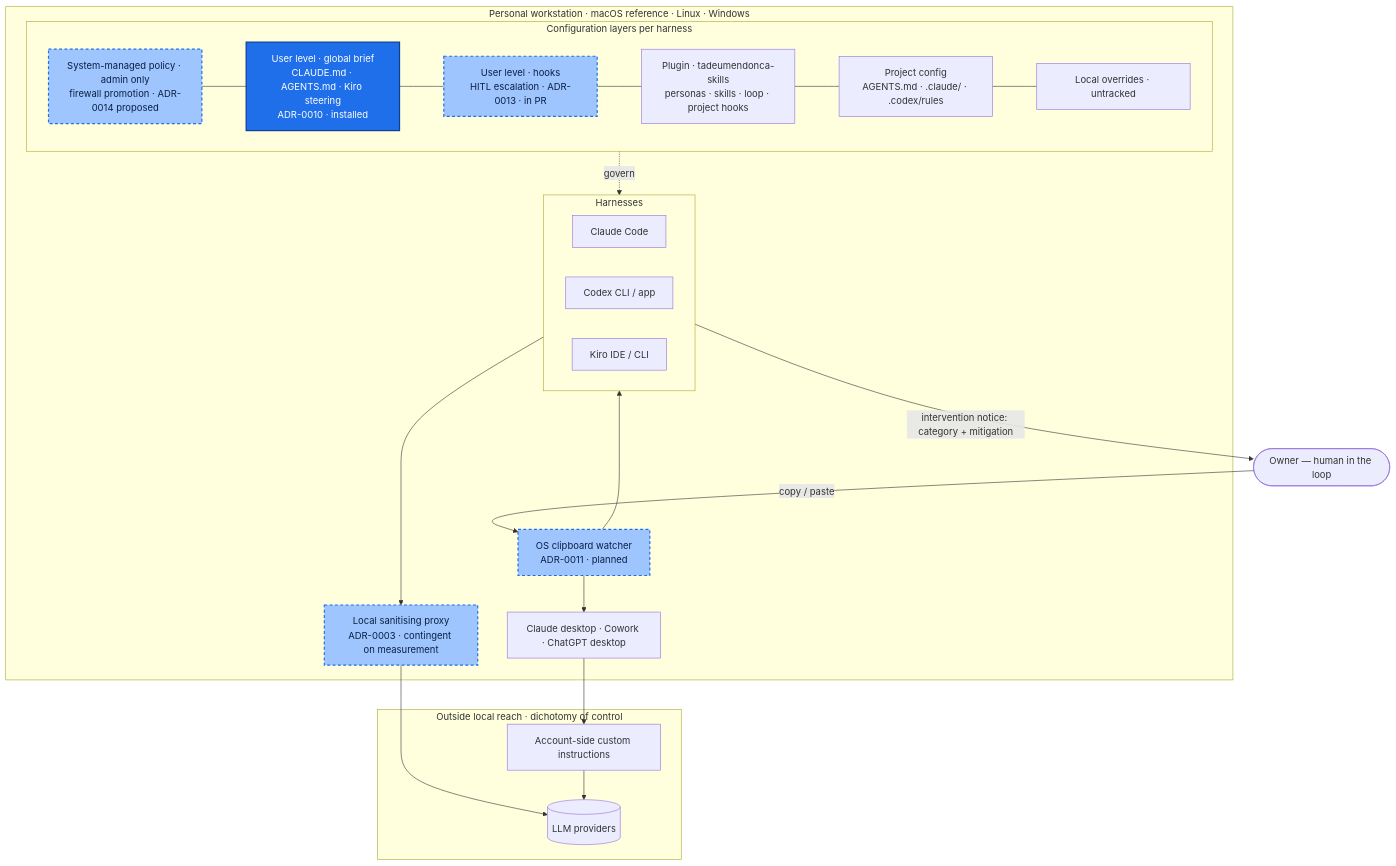
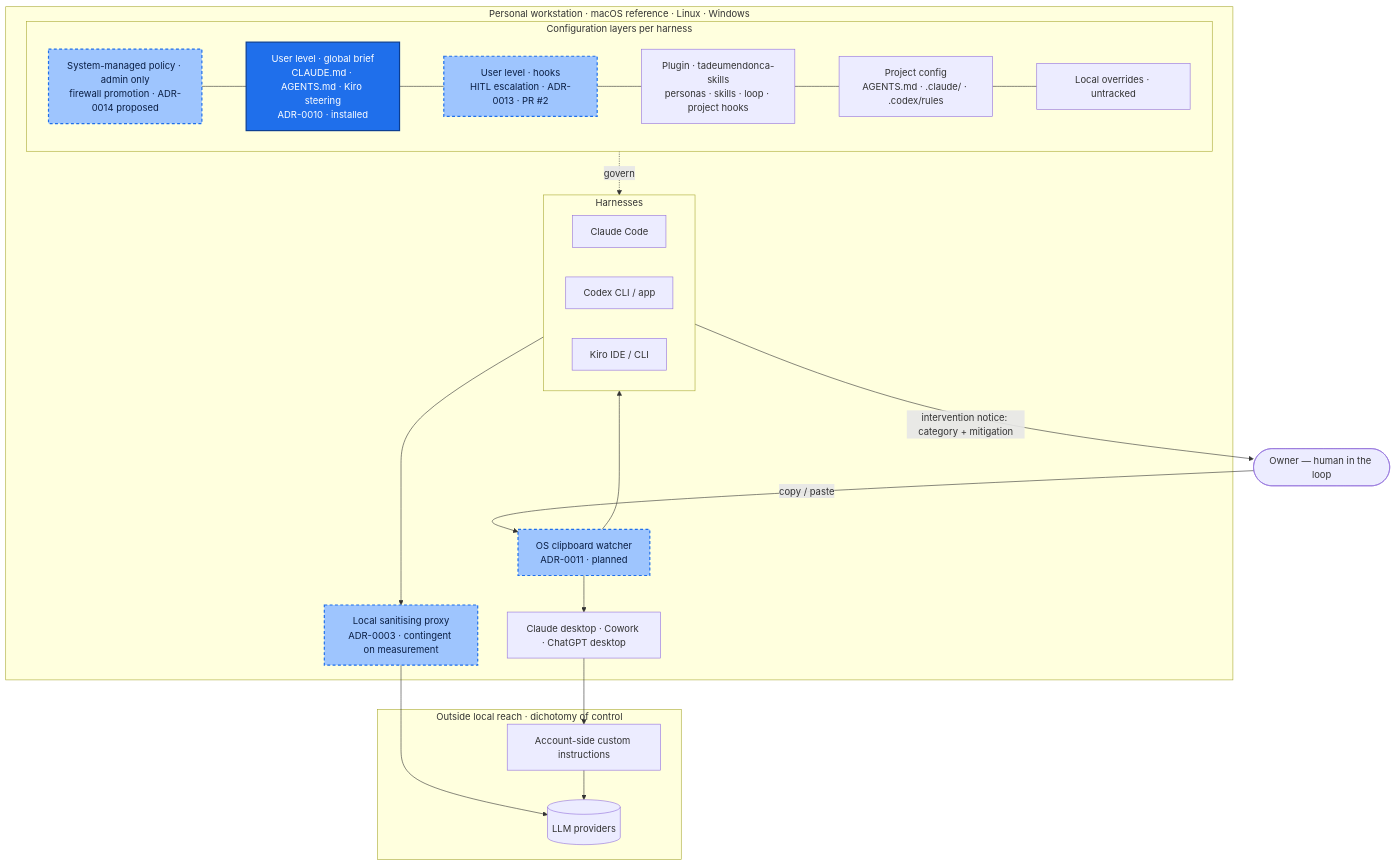
Before and after one commit to tedeuxx/mhw: the diagram in README.md, drawn with Mermaid. The commit also changed other lines of this file and 3 other files, not shown here.

````diff
--- a/README.md
+++ b/README.md
@@ -43,43 +43,43 @@
 ```mermaid
 flowchart TB
   owner(["Owner — human in the loop"])
 
   subgraph WS["Personal workstation · macOS reference · Linux · Windows"]
     clip["OS clipboard watcher<br/>ADR-0011 · planned"]:::oursPlanned
 
     subgraph LAYERS["Configuration layers per harness"]
       managed["System-managed policy · admin only<br/>firewall promotion · ADR-0014 proposed"]:::oursPlanned
       ubrief["User level · global brief<br/>CLAUDE.md · AGENTS.md · Kiro steering<br/>ADR-0010 · installed"]:::ours
-      uhooks["User level · hooks<br/>HITL escalation · ADR-0013 · in PR"]:::oursPlanned
+      uhooks["User level · hooks<br/>HITL escalation · ADR-0013 · PR #2"]:::oursPlanned
       plugin["Plugin · tadeumendonca-skills<br/>personas · skills · loop · project hooks"]
       project["Project config<br/>AGENTS.md · .claude/ · .codex/rules"]
       local["Local overrides · untracked"]
     end
 
     subgraph HARN["Harnesses"]
       cc["Claude Code"]
       cx["Codex CLI / app"]
       kiro["Kiro IDE / CLI"]
     end
 
     proxy["Local sanitising proxy<br/>ADR-0003 · contingent on measurement"]:::oursPlanned
     desk["Claude desktop · Cowork · ChatGPT desktop"]
   end
 
   subgraph CLOUD["Outside local reach · dichotomy of control"]
     acct["Account-side custom instructions"]
     llm[("LLM providers")]
   end
 
   owner -->|copy / paste| clip
   clip --> HARN
   clip --> desk
   managed --- ubrief --- uhooks --- plugin --- project --- local
   LAYERS -. govern .-> HARN
   HARN --> proxy --> llm
   desk --> acct --> llm
   HARN -->|"intervention notice: category + mitigation"| owner
 
   classDef ours fill:#1f6feb,stroke:#0b3d91,color:#ffffff,stroke-width:2px
   classDef oursPlanned fill:#9ec5fe,stroke:#1f6feb,color:#0b1f44,stroke-width:2px,stroke-dasharray:5 4
 ```
````
